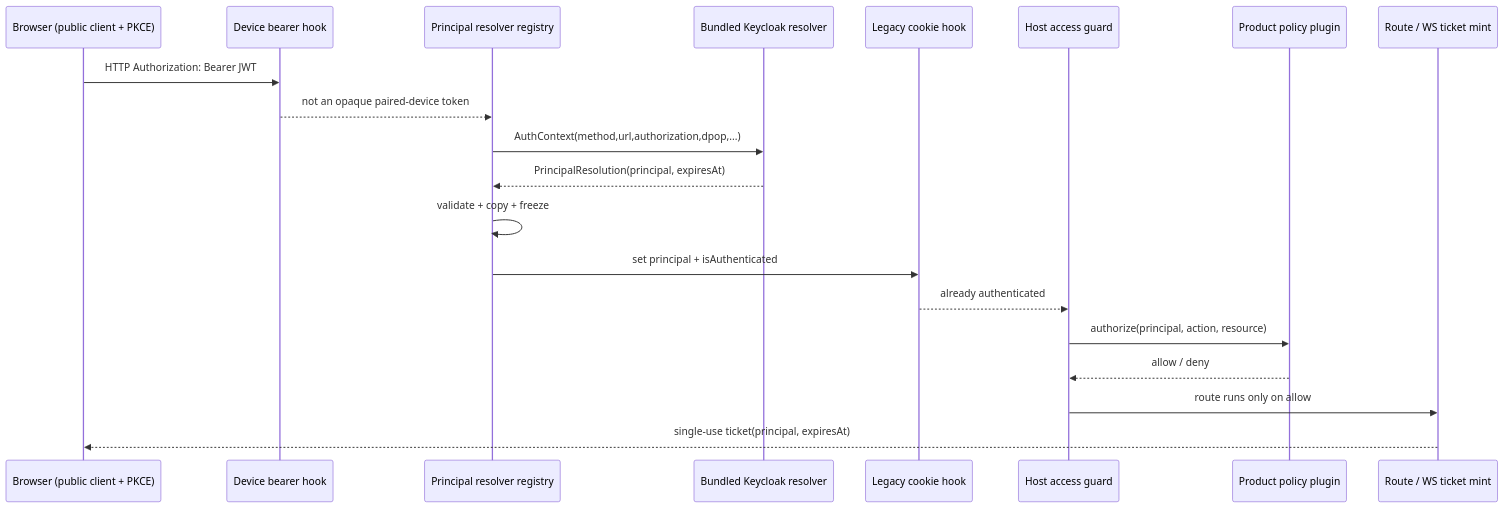
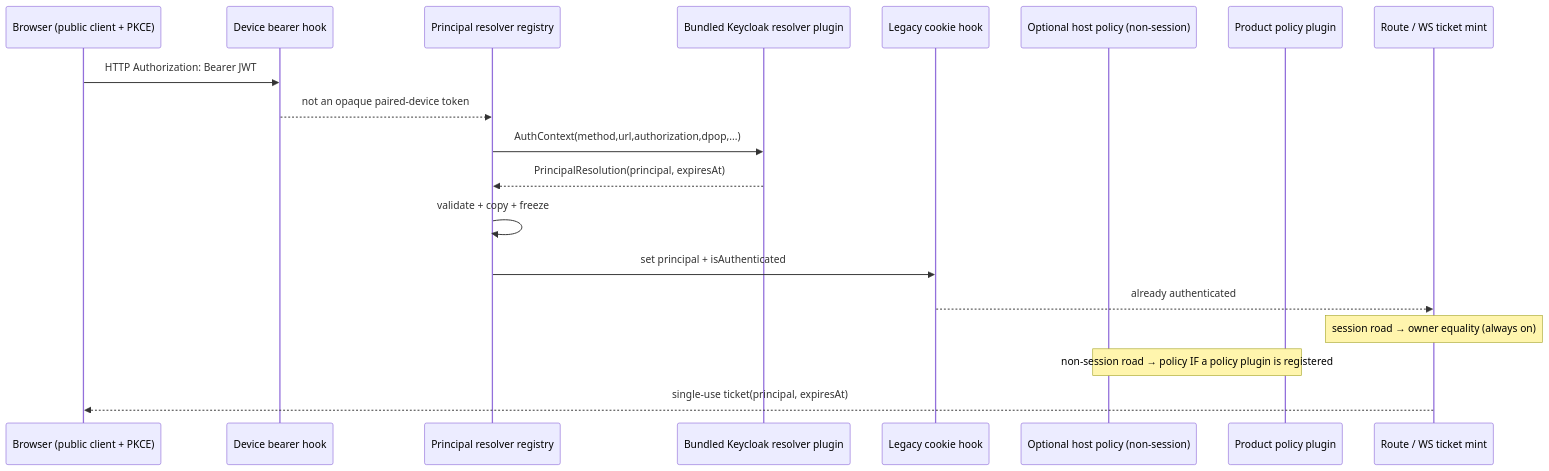
One commit to BlackBeltTechnology/pi-agent-dashboard changed the first of 2 diagrams in openspec/changes/add-multi-user-identity-plane/design.md. Above: the diagram before and after it, drawn with Mermaid. The commit also changed other lines of this file and 119 other files, not shown here.

````diff
--- a/openspec/changes/add-multi-user-identity-plane/design.md
+++ b/openspec/changes/add-multi-user-identity-plane/design.md
@@ -27,23 +32,22 @@
 ```mermaid
 sequenceDiagram
     participant B as Browser (public client + PKCE)
     participant D as Device bearer hook
     participant R as Principal resolver registry
-    participant K as Bundled Keycloak resolver
+    participant K as Bundled Keycloak resolver plugin
     participant L as Legacy cookie hook
-    participant A as Host access guard
+    participant A as Optional host policy (non-session)
     participant P as Product policy plugin
     participant H as Route / WS ticket mint
 
     B->>D: HTTP Authorization: Bearer JWT
     D-->>R: not an opaque paired-device token
     R->>K: AuthContext(method,url,authorization,dpop,...)
     K-->>R: PrincipalResolution(principal, expiresAt)
     R->>R: validate + copy + freeze
     R->>L: set principal + isAuthenticated
-    L-->>A: already authenticated
-    A->>P: authorize(principal, action, resource)
-    P-->>A: allow / deny
-    A->>H: route runs only on allow
+    L-->>H: already authenticated
+    Note over H: session road → owner equality (always on)
+    Note over A,P: non-session road → policy IF a policy plugin is registered
     H-->>B: single-use ticket(principal, expiresAt)
 ```
````
